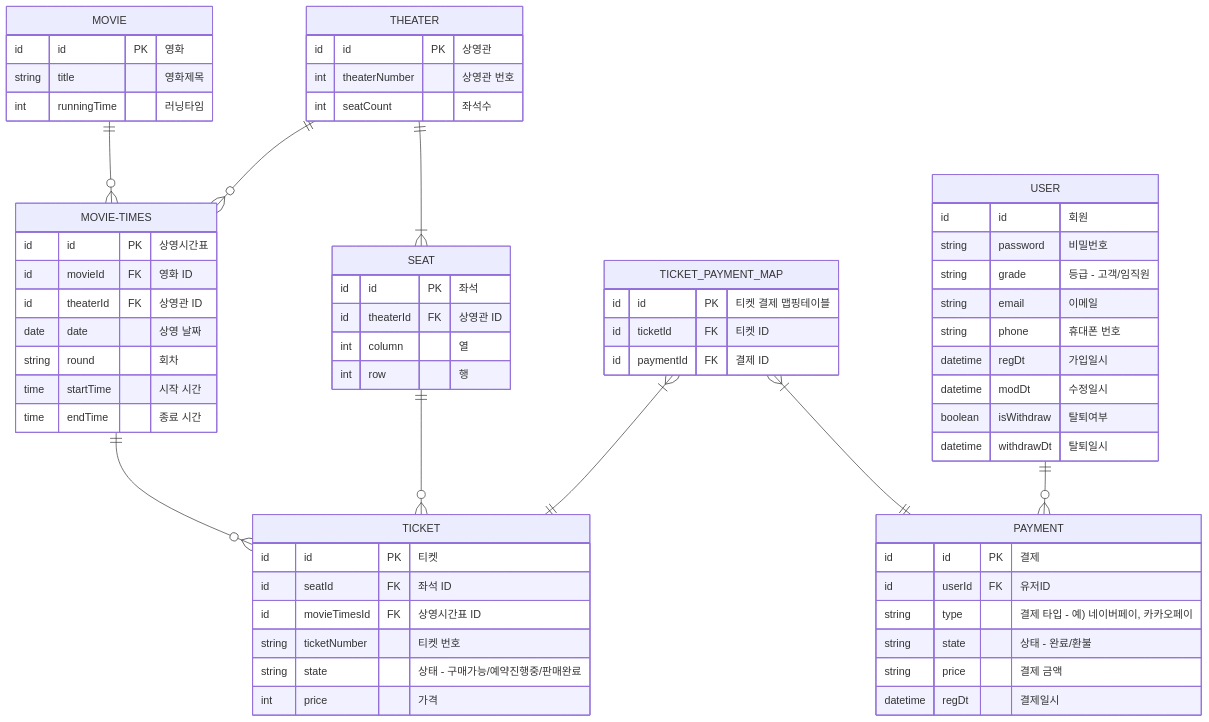
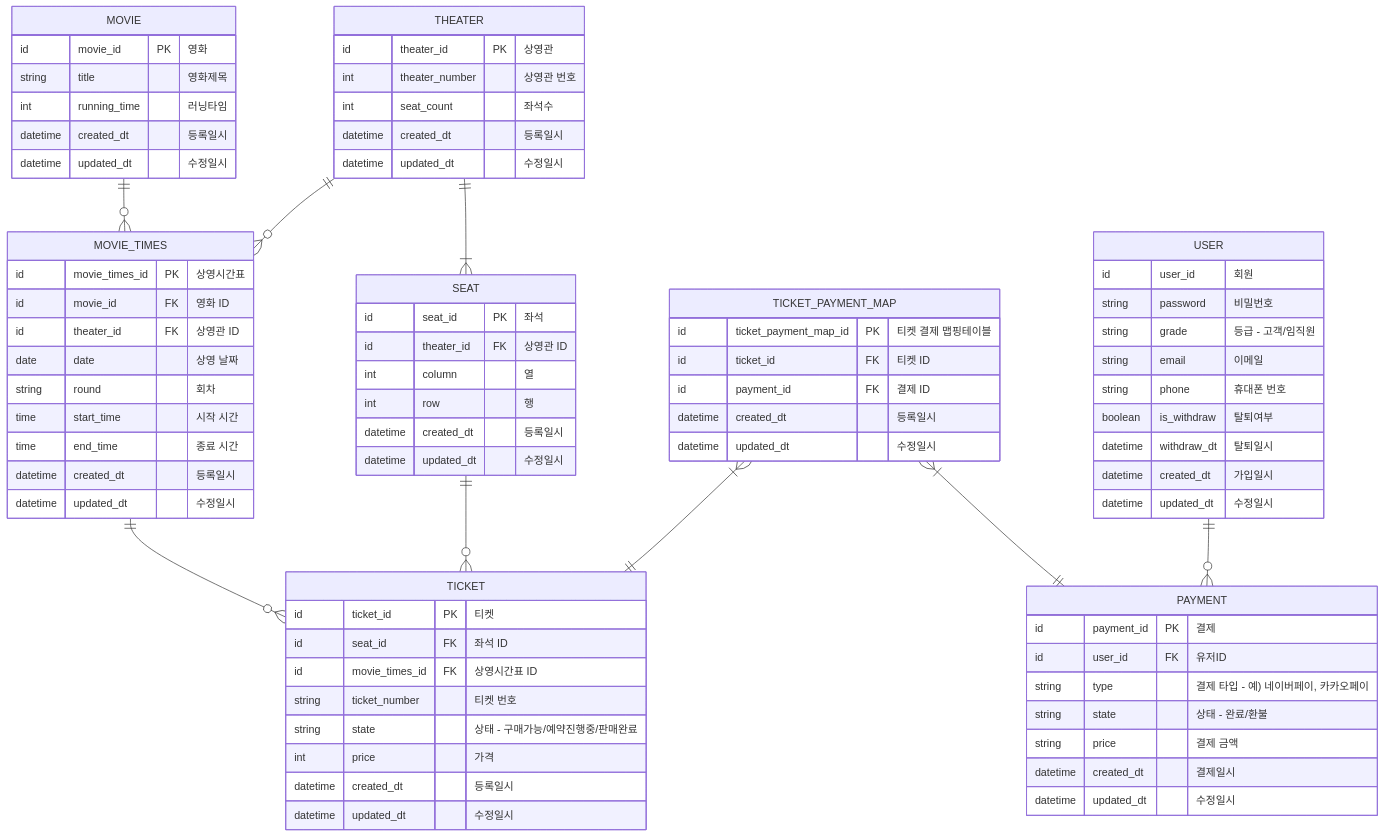
The diagram in README.md (kdhyo/mermaidTest), drawn with Mermaid before and after one commit. The commit also changed other lines of this file, not shown here.

Commit message:
docs : red update1

````diff
--- a/README.md
+++ b/README.md
@@ -4,68 +4,81 @@
 ``` mermaid
 erDiagram
-    MOVIE ||--o{ MOVIE-TIMES : ""
+    MOVIE ||--o{ MOVIE_TIMES : ""
     MOVIE {
-        id id PK "영화"
+        id movie_id PK "영화"
         string title "영화제목"
-        int runningTime "러닝타임"
+        int running_time "러닝타임"
+        datetime created_dt "등록일시"
+        datetime updated_dt "수정일시"
     }
-    THEATER ||--o{ MOVIE-TIMES : ""
+    THEATER ||--o{ MOVIE_TIMES : ""
     THEATER ||--|{ SEAT : ""
     THEATER {
-        id id PK "상영관"
-        int theaterNumber "상영관 번호"
-        int seatCount "좌석수"
+        id theater_id PK "상영관"
+        int theater_number "상영관 번호"
+        int seat_count "좌석수"
+        datetime created_dt "등록일시"
+        datetime updated_dt "수정일시"
     }
     SEAT ||--o{ TICKET : ""
     SEAT {
-        id id PK "좌석"
-        id theaterId FK "상영관 ID"
+        id seat_id PK "좌석"
+        id theater_id FK "상영관 ID"
         int column "열"
         int row "행"
+        datetime created_dt "등록일시"
+        datetime updated_dt "수정일시"
     }
-    MOVIE-TIMES ||--o{ TICKET : ""
-    MOVIE-TIMES {
-        id id PK "상영시간표"
-        id movieId FK "영화 ID"
-        id theaterId FK "상영관 ID"
+    MOVIE_TIMES ||--o{ TICKET : ""
+    MOVIE_TIMES {
+        id movie_times_id PK "상영시간표"
+        id movie_id FK "영화 ID"
+        id theater_id FK "상영관 ID"
         date date "상영 날짜"
         string round "회차"
-        time startTime "시작 시간"
-        time endTime "종료 시간"
+        time start_time "시작 시간"
+        time end_time "종료 시간"
+        datetime created_dt "등록일시"
+        datetime updated_dt "수정일시"
     }
     TICKET {
-        id id PK "티켓"
-        id seatId FK "좌석 ID"
-        id movieTimesId FK "상영시간표 ID"
-        string ticketNumber "티켓 번호"
+        id ticket_id PK "티켓"
+        id seat_id FK "좌석 ID"
+        id movie_times_id FK "상영시간표 ID"
+        string ticket_number "티켓 번호"
         string state "상태 - 구매가능/예약진행중/판매완료"
         int price "가격"
+        datetime created_dt "등록일시"
+        datetime updated_dt "수정일시"
     }
     TICKET_PAYMENT_MAP }|--|| TICKET : ""
     TICKET_PAYMENT_MAP }|--|| PAYMENT : ""
     TICKET_PAYMENT_MAP {
-        id id PK "티켓 결제 맵핑테이블"
-        id ticketId FK "티켓 ID"
-        id paymentId FK "결제 ID"
+        id ticket_payment_map_id PK "티켓 결제 맵핑테이블"
+        id ticket_id FK "티켓 ID"
+        id payment_id FK "결제 ID"
+        datetime created_dt "등록일시"
+        datetime updated_dt "수정일시"
     }
     PAYMENT {
-        id id PK "결제"
-        id userId FK "유저ID"
+        id payment_id PK "결제"
+        id user_id FK "유저ID"
         string type "결제 타입 - 예) 네이버페이, 카카오페이"
         string state "상태 - 완료/환불"
         string price "결제 금액"
-        datetime regDt "결제일시"
+        datetime created_dt "결제일시"
+        datetime updated_dt "수정일시"
     }
     USER ||--o{ PAYMENT : ""
     USER {
-        id id "회원"
+        id user_id "회원"
         string password "비밀번호"
         string grade "등급 - 고객/임직원"
         string email "이메일"
         string phone "휴대폰 번호"
-        datetime regDt "가입일시"
-        datetime modDt "수정일시"
-        boolean isWithdraw "탈퇴여부"
-        datetime withdrawDt "탈퇴일시"
+        boolean is_withdraw "탈퇴여부"
+        datetime withdraw_dt "탈퇴일시"
+        datetime created_dt "가입일시"
+        datetime updated_dt "수정일시"
     }
 ```
````
